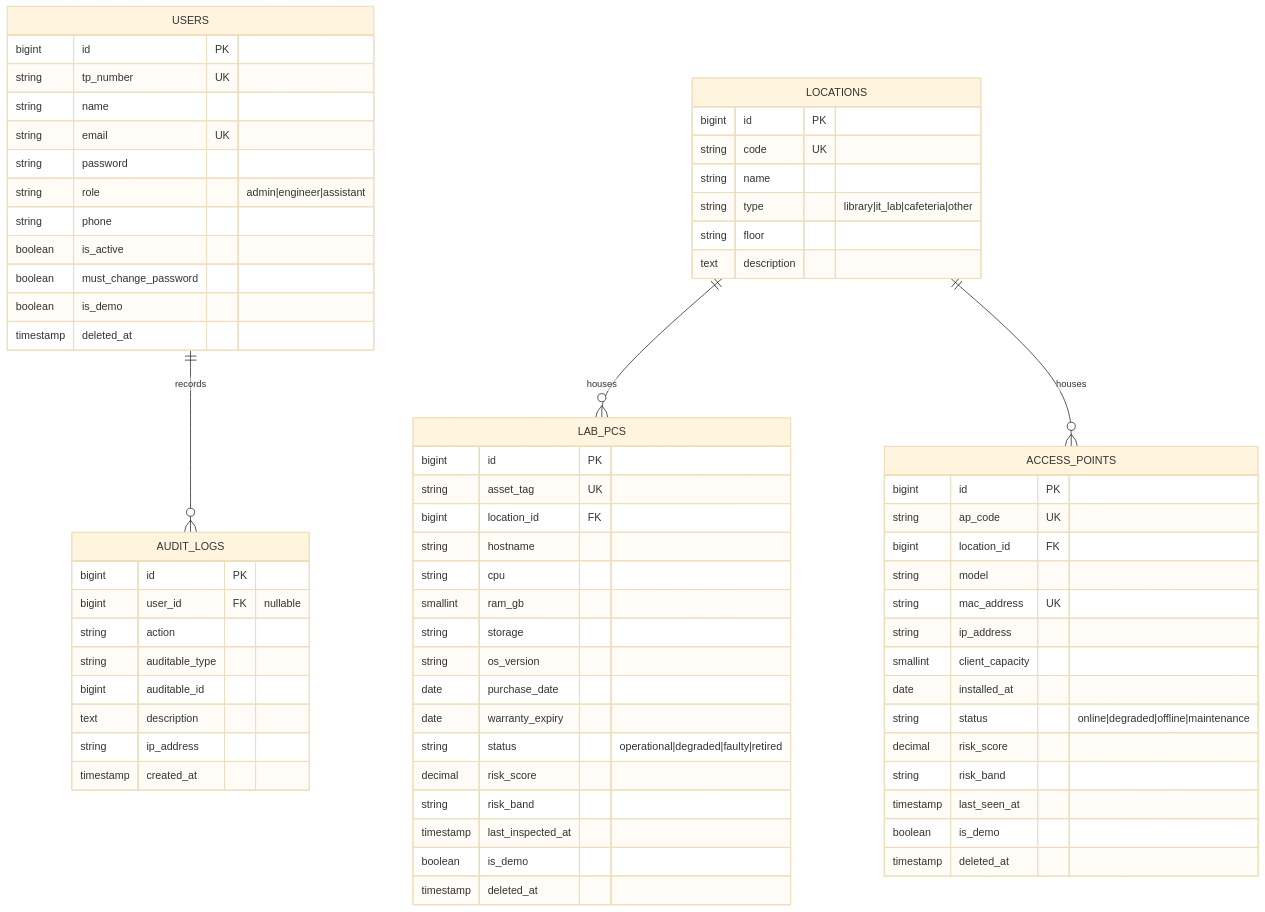
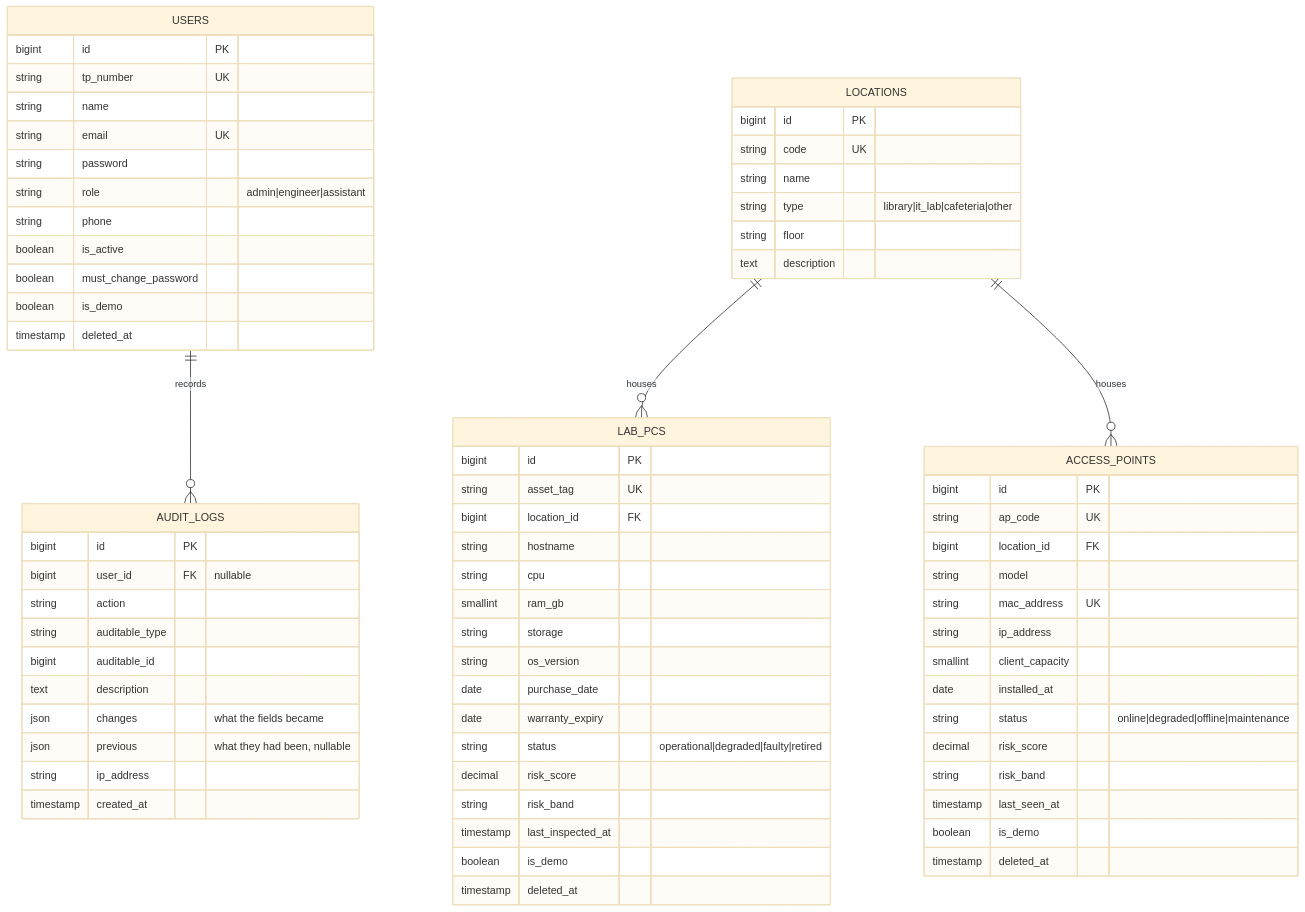
One commit to phone292025/atlas-netcare changed the first of 3 diagrams in docs/04-database.md. Above: the diagram before and after it, drawn with Mermaid (base theme). The commit also changed other lines of this file and 13 other files, not shown here.

First line of the commit message:
feat(audit): record previous values, and shape charts outside Blade

````diff
--- a/docs/04-database.md
+++ b/docs/04-database.md
@@ -55,72 +55,74 @@
 ```mermaid
 erDiagram
     USERS ||--o{ AUDIT_LOGS : records
     LOCATIONS ||--o{ LAB_PCS : houses
     LOCATIONS ||--o{ ACCESS_POINTS : houses
 
     USERS {
         bigint id PK
         string tp_number UK
         string name
         string email UK
         string password
         string role "admin|engineer|assistant"
         string phone
         boolean is_active
         boolean must_change_password
         boolean is_demo
         timestamp deleted_at
     }
     LOCATIONS {
         bigint id PK
         string code UK
         string name
         string type "library|it_lab|cafeteria|other"
         string floor
         text description
     }
     LAB_PCS {
         bigint id PK
         string asset_tag UK
         bigint location_id FK
         string hostname
         string cpu
         smallint ram_gb
         string storage
         string os_version
         date purchase_date
         date warranty_expiry
         string status "operational|degraded|faulty|retired"
         decimal risk_score
         string risk_band
         timestamp last_inspected_at
         boolean is_demo
         timestamp deleted_at
     }
     ACCESS_POINTS {
         bigint id PK
         string ap_code UK
         bigint location_id FK
         string model
         string mac_address UK
         string ip_address
         smallint client_capacity
         date installed_at
         string status "online|degraded|offline|maintenance"
         decimal risk_score
         string risk_band
         timestamp last_seen_at
         boolean is_demo
         timestamp deleted_at
     }
     AUDIT_LOGS {
         bigint id PK
         bigint user_id FK "nullable"
         string action
         string auditable_type
         bigint auditable_id
         text description
+        json changes "what the fields became"
+        json previous "what they had been, nullable"
         string ip_address
         timestamp created_at
     }
 ```
````
